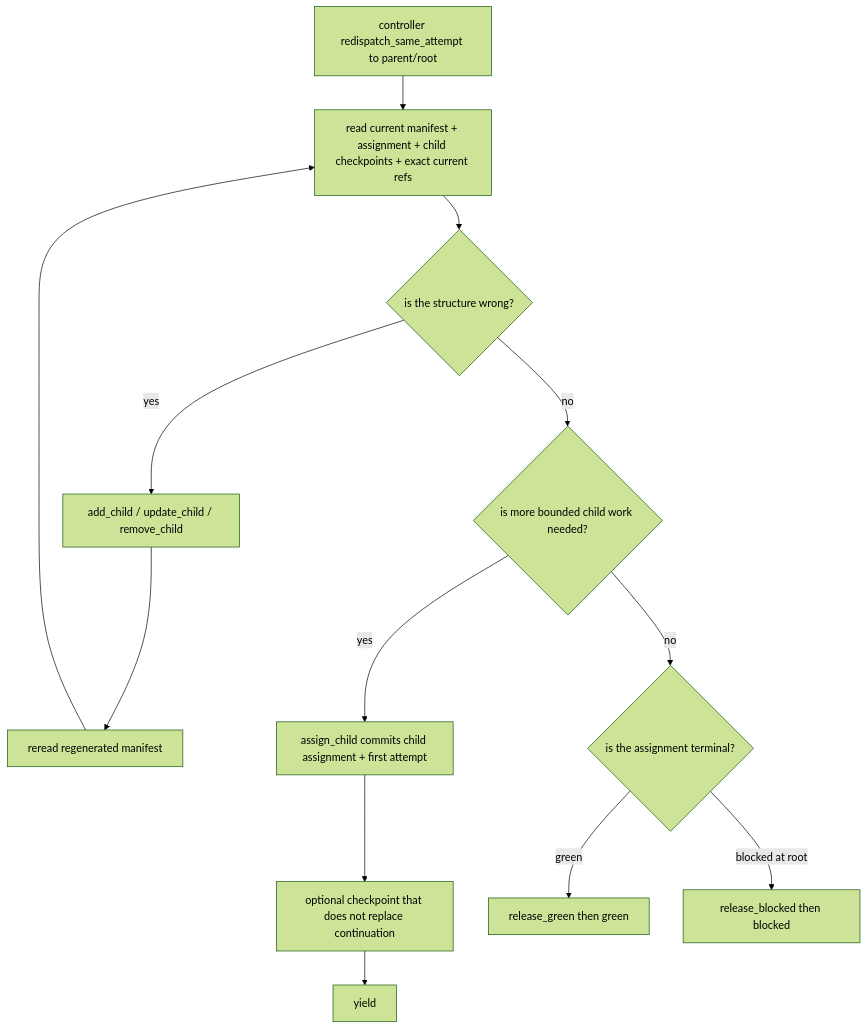
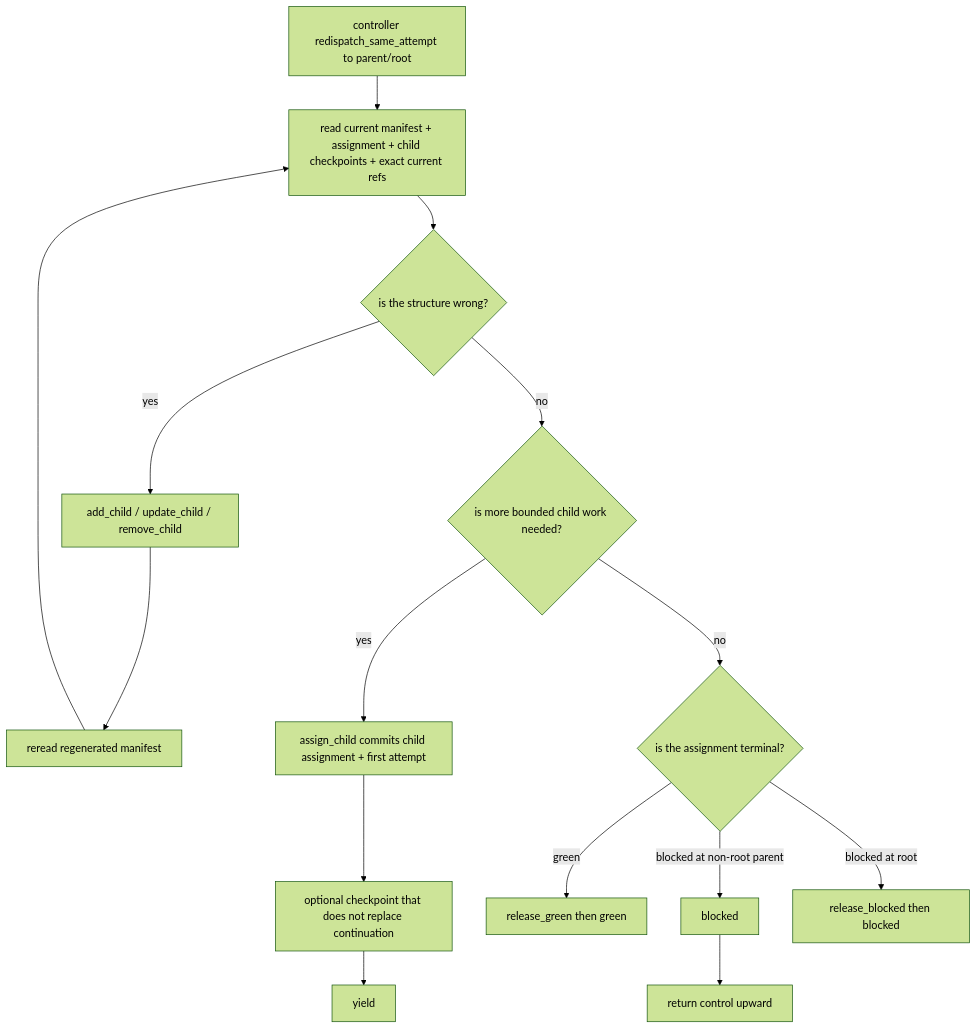
Before and after one commit to ringlochid/AutoClaw: the diagram in docs-internal/design/v1/workflows/parent-review-and-replan.md, drawn with Mermaid (forest theme). The commit also changed other lines of this file and 38 other files, not shown here.

Commit message:
fix: Allow non-root parent blocked boundary

````diff
--- a/docs-internal/design/v1/workflows/parent-review-and-replan.md
+++ b/docs-internal/design/v1/workflows/parent-review-and-replan.md
@@ -9,15 +9,17 @@
 ```mermaid
 flowchart TD
     A["controller redispatch_same_attempt to parent/root"] --> B["read current manifest + assignment + child checkpoints + exact current refs"]
     B --> C{"is the structure wrong?"}
     C -- yes --> D["add_child / update_child / remove_child"]
     D --> E["reread regenerated manifest"]
     E --> B
     C -- no --> F{"is more bounded child work needed?"}
     F -- yes --> G["assign_child commits child assignment + first attempt"]
     G --> H["optional checkpoint that does not replace continuation"]
     H --> I["yield"]
     F -- no --> J{"is the assignment terminal?"}
     J -- green --> K["release_green then green"]
+    J -- blocked at non-root parent --> M["blocked"]
+    M --> N["return control upward"]
     J -- blocked at root --> L["release_blocked then blocked"]
 ```
````
